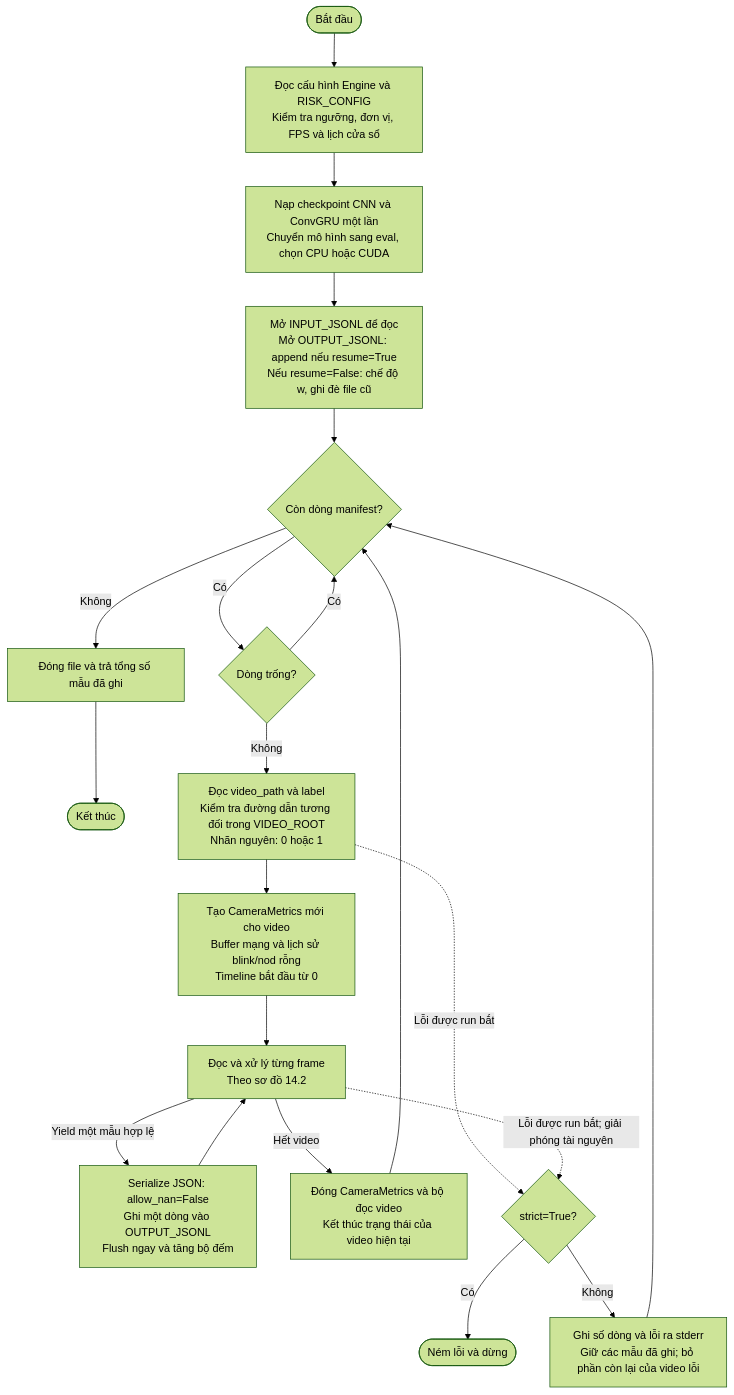
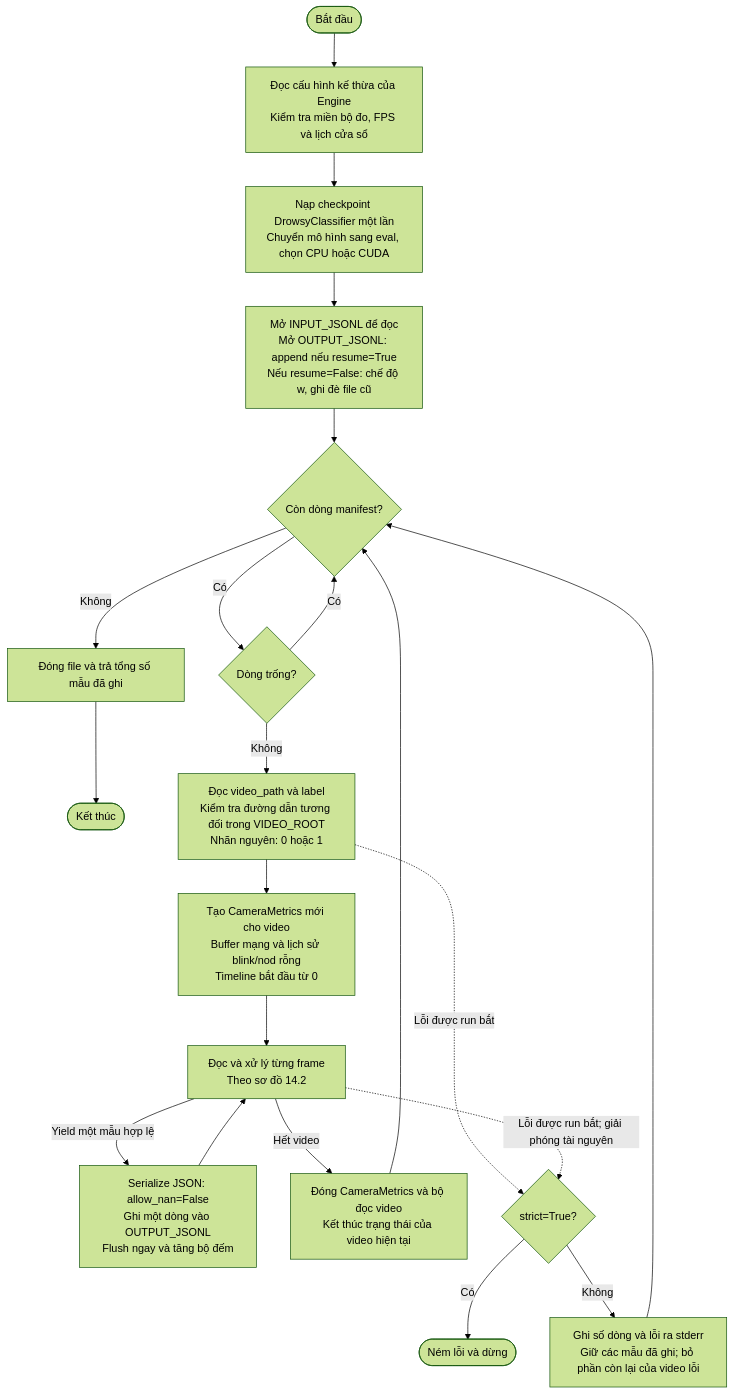
The fourth of 7 diagrams in ai/OptimalAlgorithsm/DataSystem/README.md (minh4bys2-non/driver-guardian), drawn with Mermaid (forest theme) before and after one commit. The commit also changed other lines of this file and 5 other files, not shown here.

````diff
--- a/ai/OptimalAlgorithsm/DataSystem/README.md
+++ b/ai/OptimalAlgorithsm/DataSystem/README.md
@@ -433,23 +419,23 @@
 ```mermaid
 flowchart TD
-    START([Bắt đầu]) --> CFG["Đọc cấu hình Engine và RISK_CONFIG<br/>Kiểm tra ngưỡng, đơn vị, FPS và lịch cửa sổ"]
-    CFG --> MODEL["Nạp checkpoint CNN và ConvGRU một lần<br/>Chuyển mô hình sang eval, chọn CPU hoặc CUDA"]
+    START([Bắt đầu]) --> CFG["Đọc cấu hình kế thừa của Engine<br/>Kiểm tra miền bộ đo, FPS và lịch cửa sổ"]
+    CFG --> MODEL["Nạp checkpoint DrowsyClassifier một lần<br/>Chuyển mô hình sang eval, chọn CPU hoặc CUDA"]
     MODEL --> FILES["Mở INPUT_JSONL để đọc<br/>Mở OUTPUT_JSONL: append nếu resume=True<br/>Nếu resume=False: chế độ w, ghi đè file cũ"]
     FILES --> LINE{"Còn dòng manifest?"}
     LINE -->|Không| FINISH["Đóng file và trả tổng số mẫu đã ghi"]
     FINISH --> END([Kết thúc])
     LINE -->|Có| BLANK{"Dòng trống?"}
     BLANK -->|Có| LINE
     BLANK -->|Không| PARSE["Đọc video_path và label<br/>Kiểm tra đường dẫn tương đối trong VIDEO_ROOT<br/>Nhãn nguyên: 0 hoặc 1"]
     PARSE --> INIT["Tạo CameraMetrics mới cho video<br/>Buffer mạng và lịch sử blink/nod rỗng<br/>Timeline bắt đầu từ 0"]
     INIT --> STREAM["Đọc và xử lý từng frame<br/>Theo sơ đồ 14.2"]
     STREAM -->|Yield một mẫu hợp lệ| WRITE["Serialize JSON: allow_nan=False<br/>Ghi một dòng vào OUTPUT_JSONL<br/>Flush ngay và tăng bộ đếm"]
     WRITE --> STREAM
     STREAM -->|Hết video| CLOSE["Đóng CameraMetrics và bộ đọc video<br/>Kết thúc trạng thái của video hiện tại"]
     CLOSE --> LINE
     PARSE -.->|Lỗi được run bắt| ERROR{"strict=True?"}
     STREAM -.->|Lỗi được run bắt; giải phóng tài nguyên| ERROR
     ERROR -->|Có| STOP([Ném lỗi và dừng])
     ERROR -->|Không| LOG["Ghi số dòng và lỗi ra stderr<br/>Giữ các mẫu đã ghi; bỏ phần còn lại của video lỗi"]
     LOG --> LINE
 ```
````
